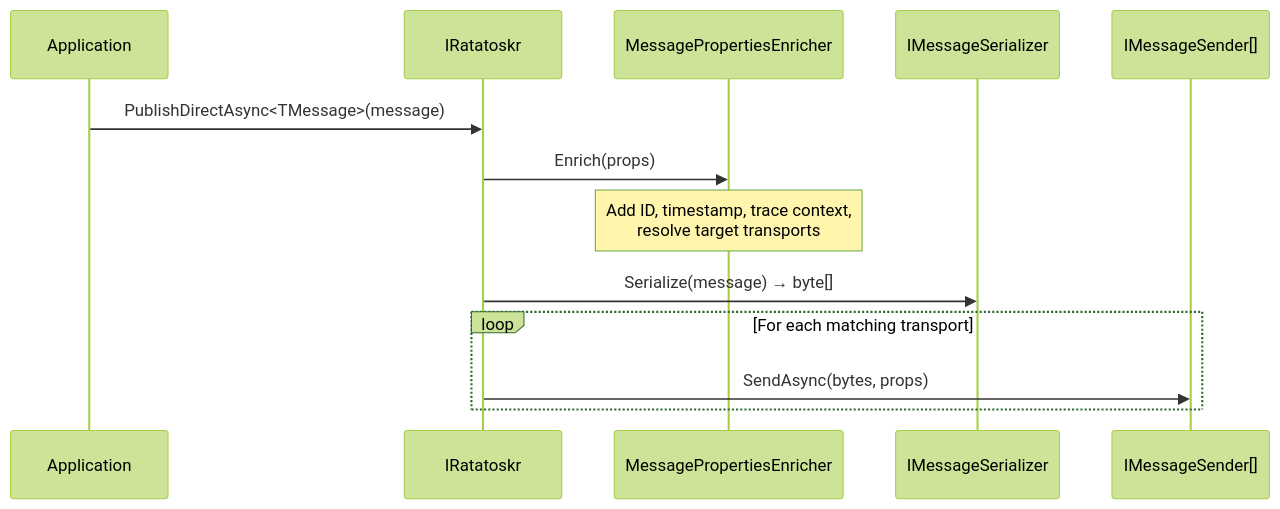
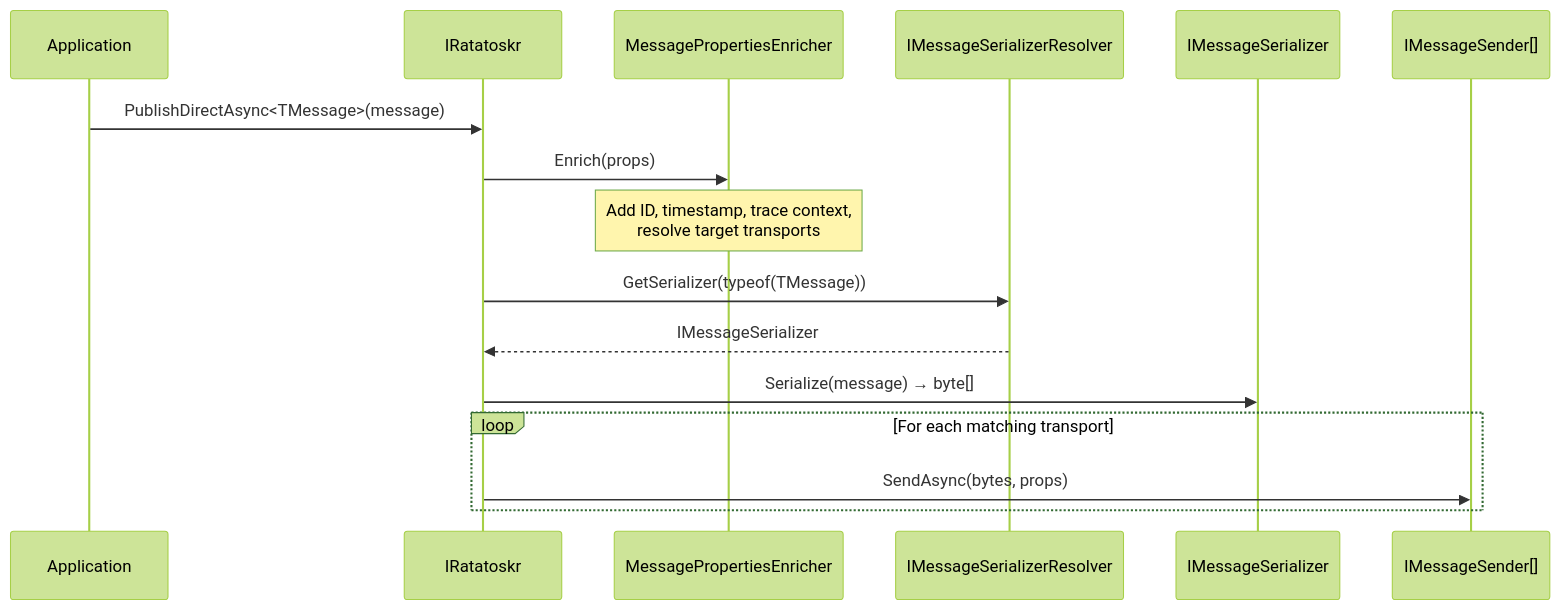
The third of 7 diagrams in docs/architecture.md (saithis/Ratatoskr), drawn with Mermaid (forest theme) before and after one commit. The commit also changed other lines of this file and 17 other files, not shown here.

````diff
--- a/docs/architecture.md
+++ b/docs/architecture.md
@@ -129,16 +129,19 @@
 ```mermaid
 sequenceDiagram
     participant App as Application
     participant R as IRatatoskr
     participant E as MessagePropertiesEnricher
+    participant SR as IMessageSerializerResolver
     participant S as IMessageSerializer
     participant Sender as IMessageSender[]
 
     App->>R: PublishDirectAsync<TMessage>(message)
     R->>E: Enrich(props)
     Note over E: Add ID, timestamp, trace context,<br/>resolve target transports
+    R->>SR: GetSerializer(typeof(TMessage))
+    SR-->>R: IMessageSerializer
     R->>S: Serialize(message) → byte[]
     loop For each matching transport
         R->>Sender: SendAsync(bytes, props)
     end
 ```
````
